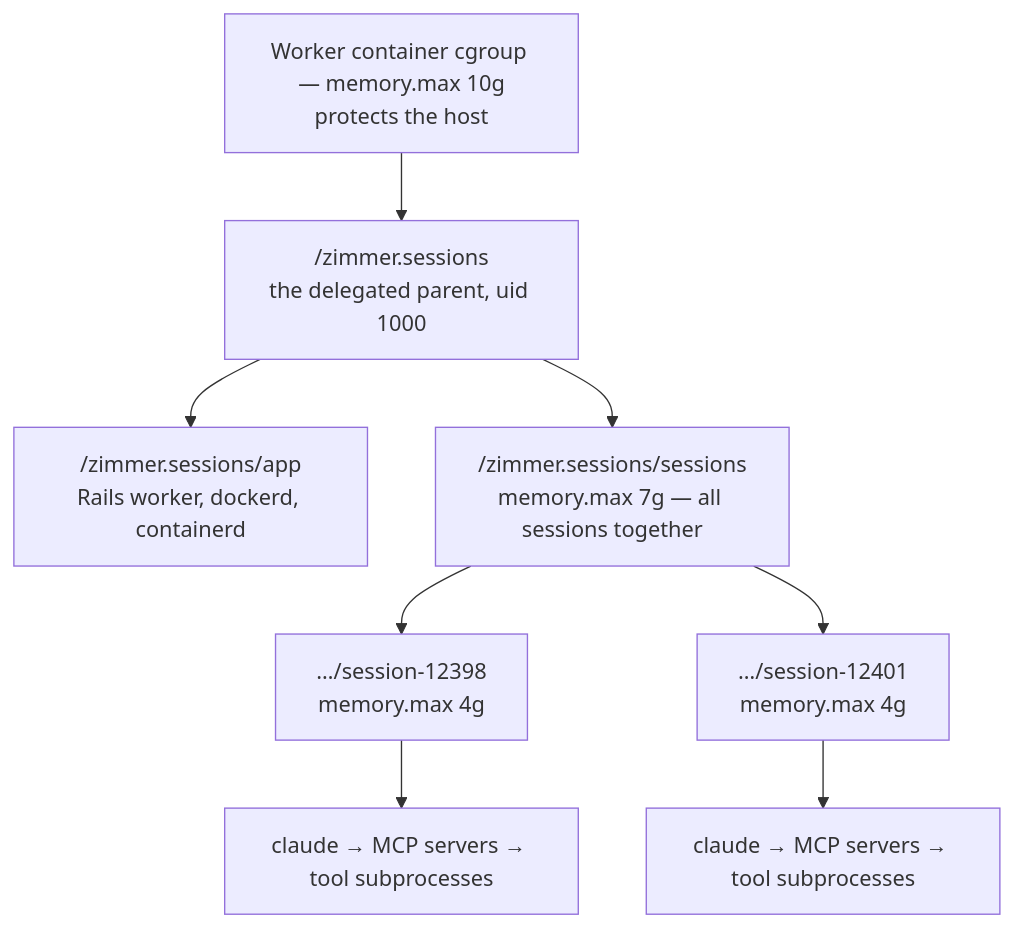
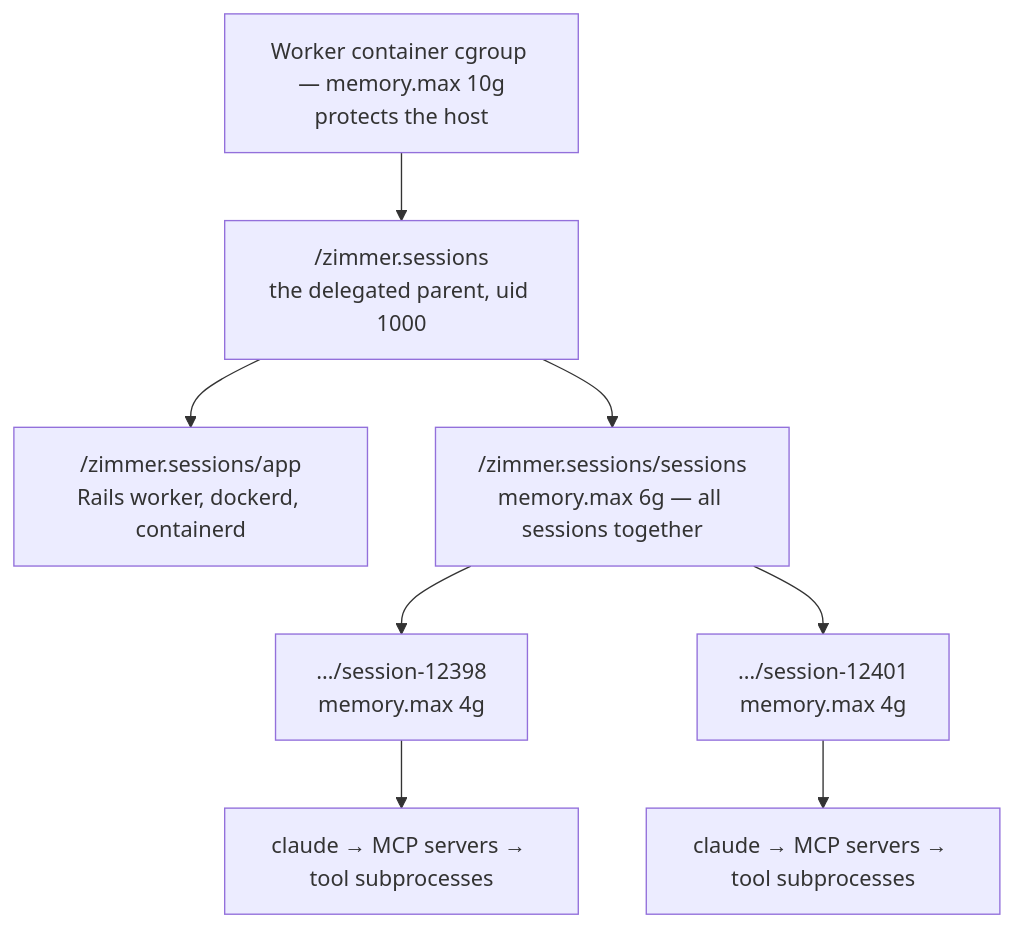
The first of 2 diagrams in docs/src/content/docs/sessions/spawning.md (tadasant/zimmer), drawn with Mermaid before and after one commit. The commit also changed other lines of this file and 16 other files, not shown here.

First line of the commit message:
fix(memory): attribute a kill by the kernel's own counters, and size the pool to fire first

````diff
--- a/docs/src/content/docs/sessions/spawning.md
+++ b/docs/src/content/docs/sessions/spawning.md
@@ -332,11 +332,11 @@
 ```mermaid
 flowchart TD
   host["Worker container cgroup — memory.max 10g<br/>protects the host"]
   host --> parent["/zimmer.sessions<br/>the delegated parent, uid 1000"]
   parent --> app["/zimmer.sessions/app<br/>Rails worker, dockerd, containerd"]
-  parent --> pool["/zimmer.sessions/sessions<br/>memory.max 7g — all sessions together"]
+  parent --> pool["/zimmer.sessions/sessions<br/>memory.max 6g — all sessions together"]
   pool --> s1["…/session-12398<br/>memory.max 4g"]
   pool --> s2["…/session-12401<br/>memory.max 4g"]
   s1 --> a1["claude → MCP servers → tool subprocesses"]
   s2 --> a2["claude → MCP servers → tool subprocesses"]
 ```
````
